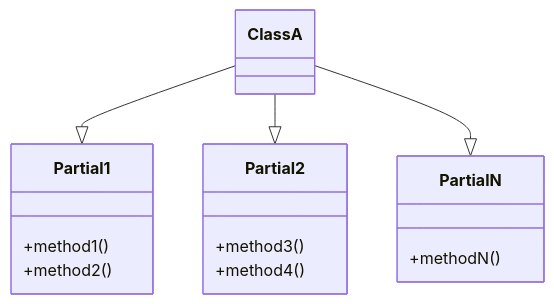
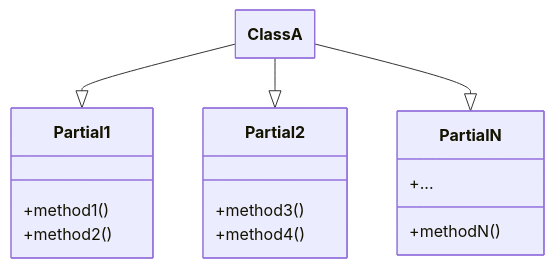
One commit to thecodecrate/python-pipeline changed the first of 2 diagrams in tests/spec-001--class-composition-with-partial-classes.md. Above: the diagram before and after it, drawn with Mermaid.

Commit message:
Work in progress

````diff
--- a/tests/spec-001--class-composition-with-partial-classes.md
+++ b/tests/spec-001--class-composition-with-partial-classes.md
@@ -13,25 +13,28 @@
 ```mermaid
+---
+  config:
+    class:
+      hideEmptyMembersBox: true
+---
 classDiagram
     class Partial1 {
         +method1()
         +method2()
     }
 
     class Partial2 {
         +method3()
         +method4()
     }
 
-    %% Continue with other partial classes as needed
-
     class PartialN {
+        +...
         +methodN()
     }
 
     class ClassA
 
     ClassA --|> Partial1
     ClassA --|> Partial2
-    %% Continue inheritance arrows for other partials
     ClassA --|> PartialN
 ```
````
